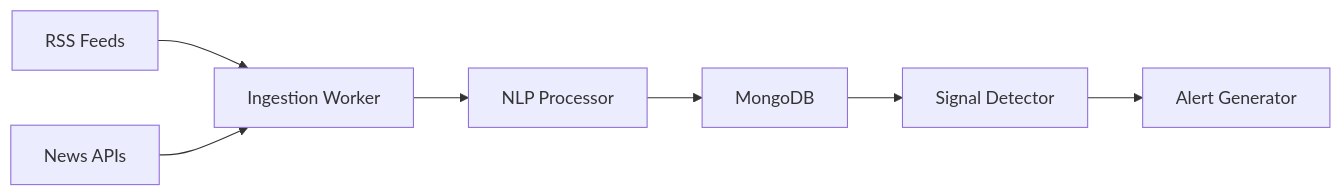
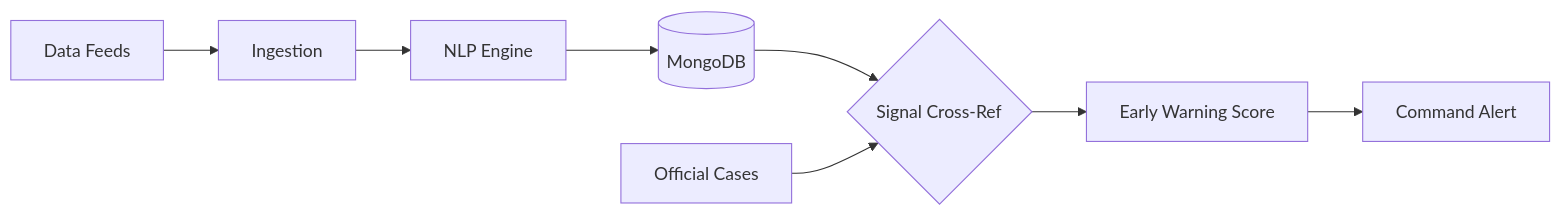
The diagram in docs/planning/FEATURE_NEWS_INGESTION.md (singhuday26/PRISM), drawn with Mermaid before and after one commit. The commit also changed other lines of this file and 9 other files, not shown here.

````diff
--- a/docs/planning/FEATURE_NEWS_INGESTION.md
+++ b/docs/planning/FEATURE_NEWS_INGESTION.md
@@ -29,9 +25,10 @@
 ```mermaid
 flowchart LR
-    A[RSS Feeds] --> C[Ingestion Worker]
-    B[News APIs] --> C
-    C --> D[NLP Processor]
-    D --> E[MongoDB]
-    E --> F[Signal Detector]
-    F --> G[Alert Generator]
+    A[Data Feeds] --> B[Ingestion]
+    B --> C[NLP Engine]
+    C --> D[(MongoDB)]
+    D --> E{Signal Cross-Ref}
+    F[Official Cases] --> E
+    E --> G[Early Warning Score]
+    G --> H[Command Alert]
 ```
````
